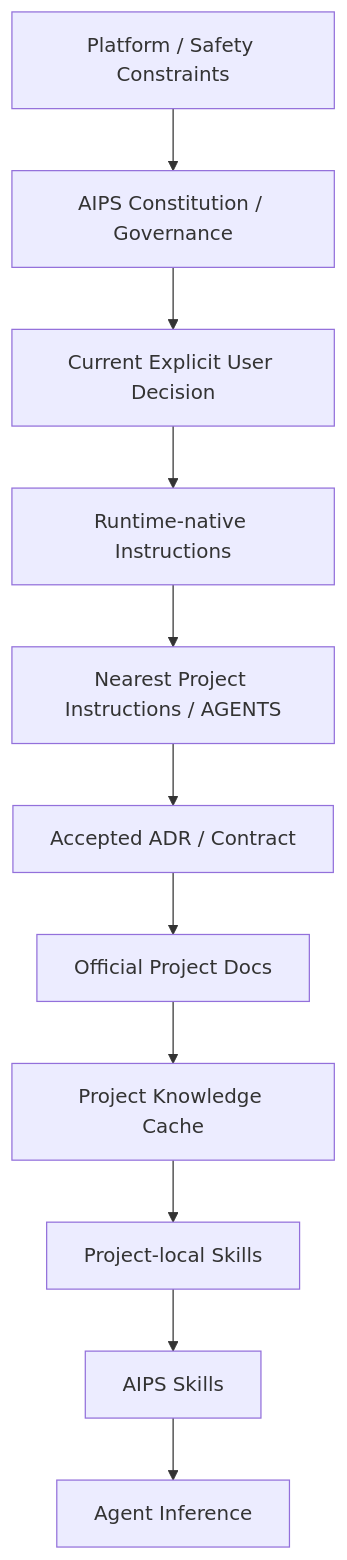
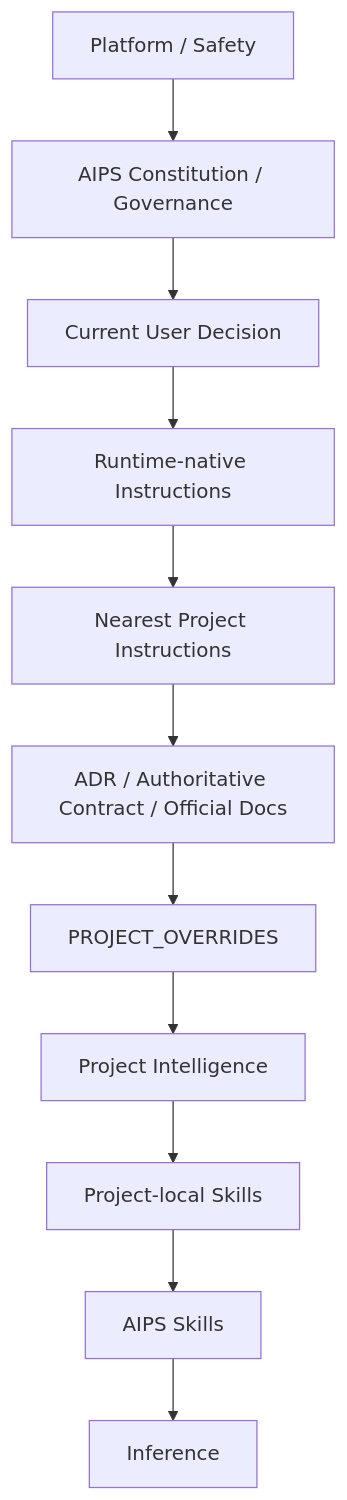
Before and after one commit to LucasLu3918/ai-product-system: the fourth of 20 diagrams in docs/ARCHITECTURE.md, drawn with Mermaid. The commit also changed other lines of this file and 6 other files, not shown here.

Commit message:
docs(architecture): map turn harness intelligence and impact lifecycle

```diff
--- a/docs/ARCHITECTURE.md
+++ b/docs/ARCHITECTURE.md
@@ -96,13 +85,13 @@
 ~~~mermaid
 flowchart TD
-    EXT[Platform / Safety Constraints] --> GOV[AIPS Constitution / Governance]
-    GOV --> U[Current Explicit User Decision]
+    EXT[Platform / Safety] --> GOV[AIPS Constitution / Governance]
+    GOV --> U[Current User Decision]
     U --> RN[Runtime-native Instructions]
-    RN --> N[Nearest Project Instructions / AGENTS]
-    N --> ADR[Accepted ADR / Contract]
-    ADR --> DOC[Official Project Docs]
-    DOC --> PK[Project Knowledge Cache]
-    PK --> PS[Project-local Skills]
+    RN --> N[Nearest Project Instructions]
+    N --> ADR[ADR / Authoritative Contract / Official Docs]
+    ADR --> OV[PROJECT_OVERRIDES]
+    OV --> PI[Project Intelligence]
+    PI --> PS[Project-local Skills]
     PS --> GS[AIPS Skills]
-    GS --> INF[Agent Inference]
+    GS --> INF[Inference]
 ~~~
```
